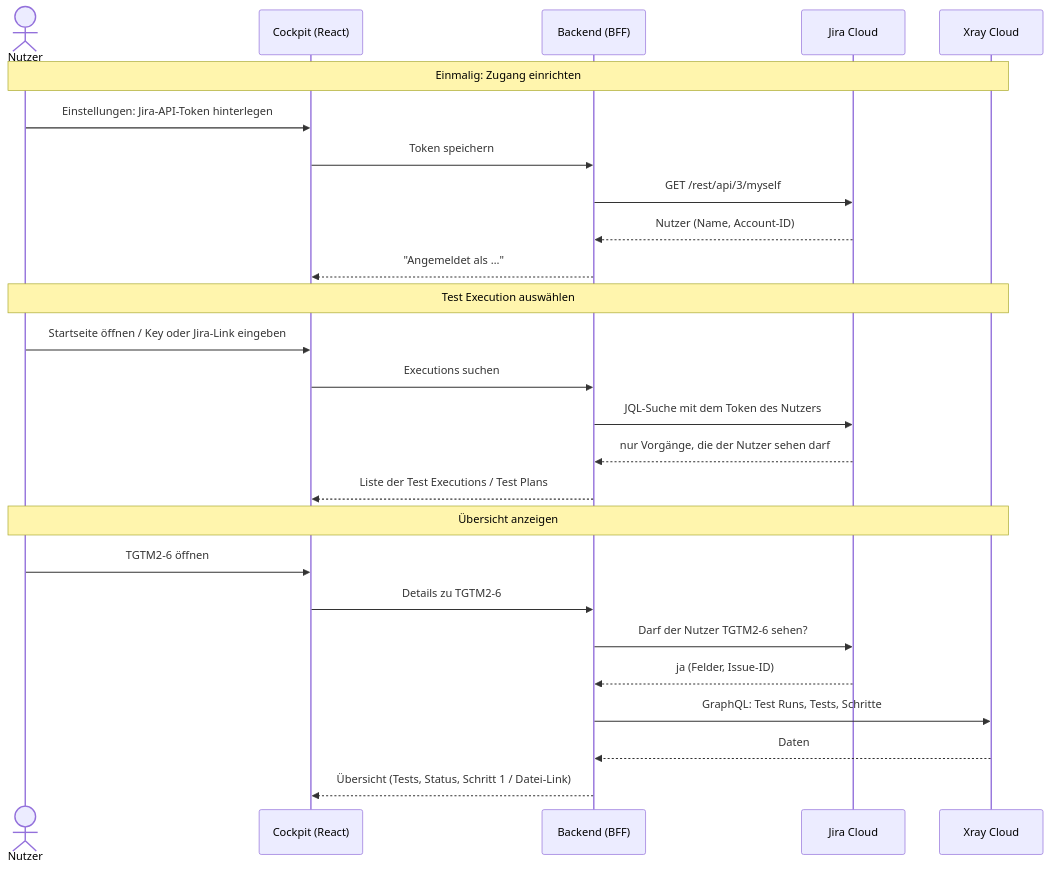
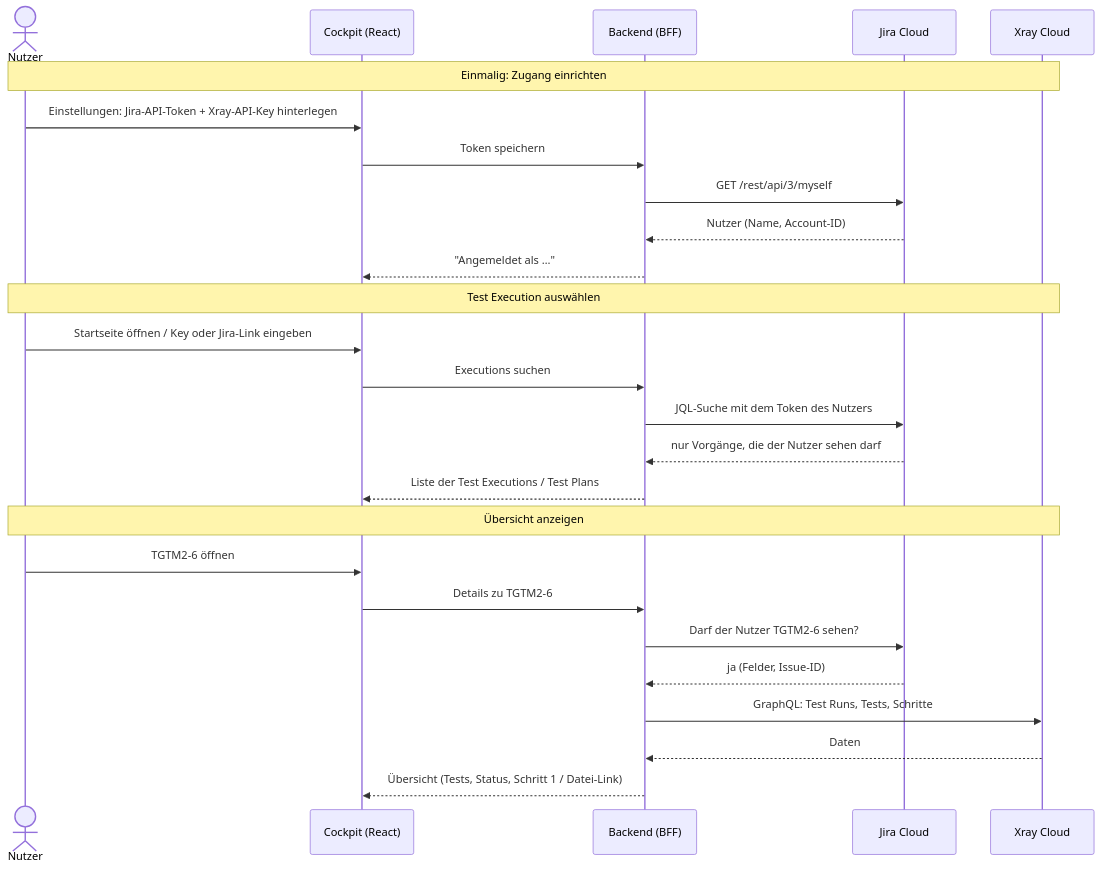
The third of 4 diagrams in docs/konzept.md (hglill3rps3de/xray-test-cockpit), drawn with Mermaid before and after one commit. The commit also changed other lines of this file, not shown here.

First line of the commit message:
Konzept: persönliche Xray-API-Keys, Variante A für den Prototyp

````diff
--- a/docs/konzept.md
+++ b/docs/konzept.md
@@ -110,31 +110,31 @@
 ```mermaid
 sequenceDiagram
     actor N as Nutzer
     participant UI as Cockpit (React)
     participant BFF as Backend (BFF)
     participant J as Jira Cloud
     participant X as Xray Cloud
 
     Note over N,X: Einmalig: Zugang einrichten
-    N->>UI: Einstellungen: Jira-API-Token hinterlegen
+    N->>UI: Einstellungen: Jira-API-Token + Xray-API-Key hinterlegen
     UI->>BFF: Token speichern
     BFF->>J: GET /rest/api/3/myself
     J-->>BFF: Nutzer (Name, Account-ID)
     BFF-->>UI: "Angemeldet als …"
 
     Note over N,X: Test Execution auswählen
     N->>UI: Startseite öffnen / Key oder Jira-Link eingeben
     UI->>BFF: Executions suchen
     BFF->>J: JQL-Suche mit dem Token des Nutzers
     J-->>BFF: nur Vorgänge, die der Nutzer sehen darf
     BFF-->>UI: Liste der Test Executions / Test Plans
 
     Note over N,X: Übersicht anzeigen
     N->>UI: TGTM2-6 öffnen
     UI->>BFF: Details zu TGTM2-6
     BFF->>J: Darf der Nutzer TGTM2-6 sehen?
     J-->>BFF: ja (Felder, Issue-ID)
     BFF->>X: GraphQL: Test Runs, Tests, Schritte
     X-->>BFF: Daten
     BFF-->>UI: Übersicht (Tests, Status, Schritt 1 / Datei-Link)
 ```
````
